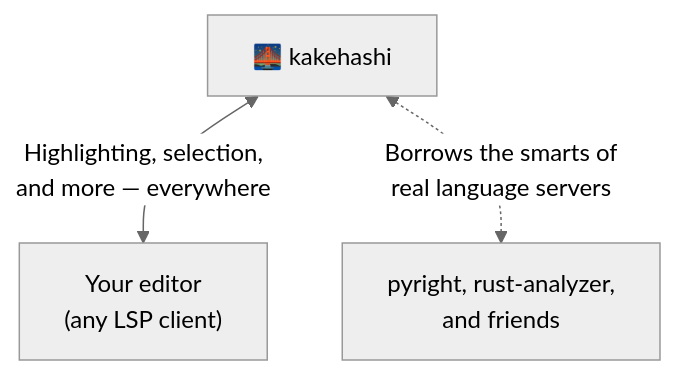
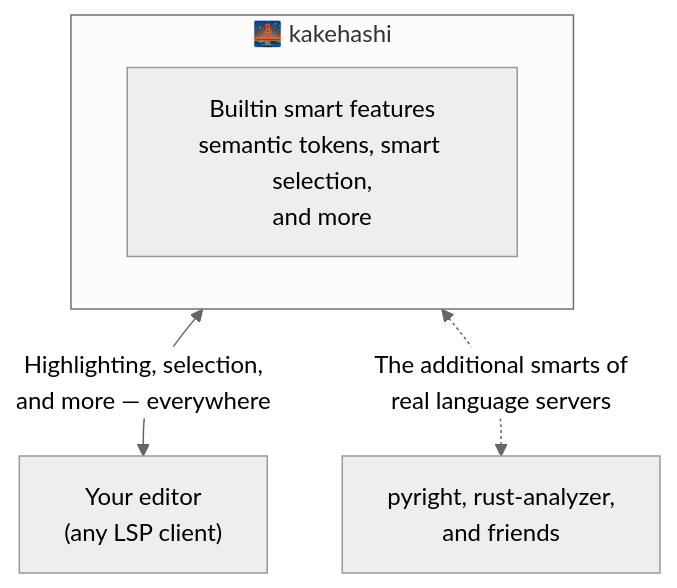
The diagram in README.md (atusy/kakehashi), drawn with Mermaid (neutral theme) before and after one commit.

Commit message:
docs: clarify kakehashi smart features
Show the built-in semantic features separately from the additional capabilities supplied by downstream language servers so readers can understand which intelligence kakehashi provides itself.

````diff
--- a/README.md
+++ b/README.md
@@ -11,5 +11,9 @@
 ```mermaid
 flowchart TB
-    K[🌉 kakehashi] <-->|Highlighting, selection,<br>and more — everywhere| E["Your editor<br>(any LSP client)"]
-    K <-.->|Borrows the smarts of<br>real language servers| LS["pyright, rust-analyzer,<br>and friends"]
+    subgraph K["🌉 kakehashi"]
+        B["Builtin smart features<br>semantic tokens, smart selection,<br>and more"]
+    end
+
+    K <-->|Highlighting, selection,<br>and more — everywhere| E["Your editor<br>(any LSP client)"]
+    K <-.->|The additional smarts of<br>real language servers| LS["pyright, rust-analyzer,<br>and friends"]
 ```
````
